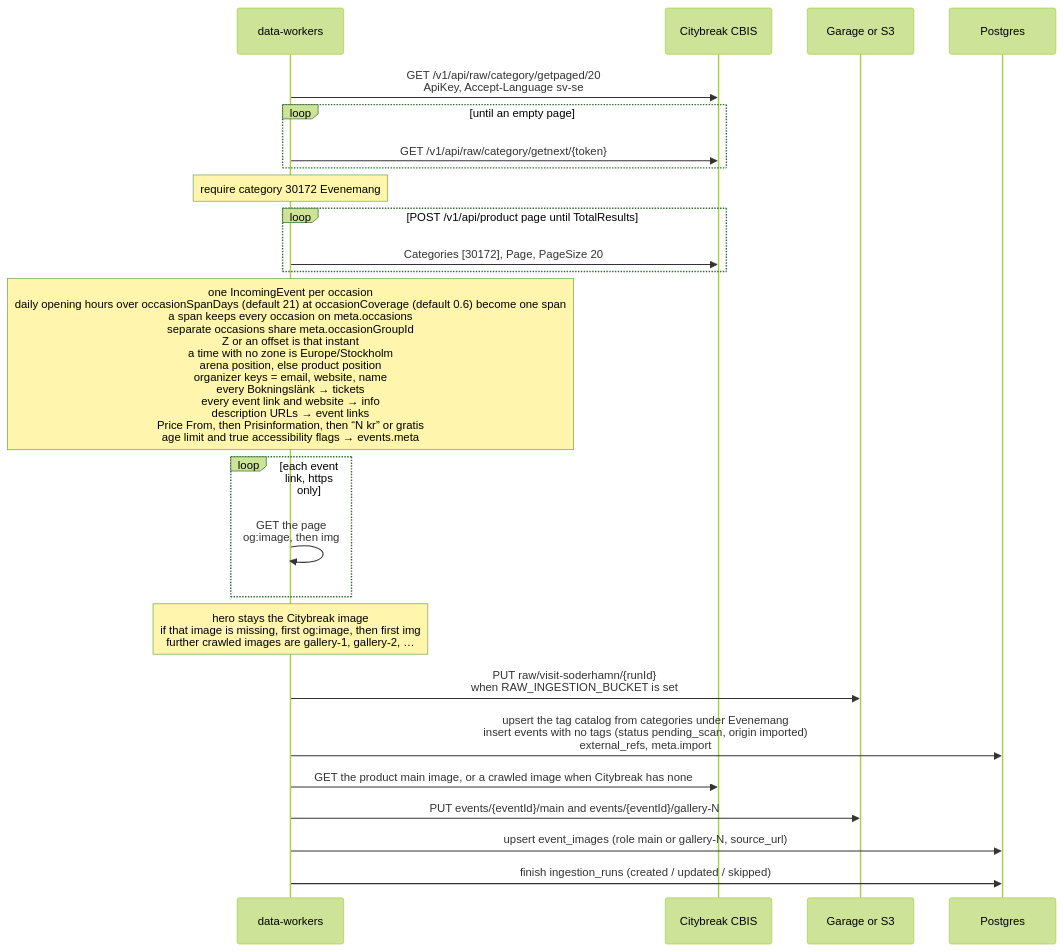
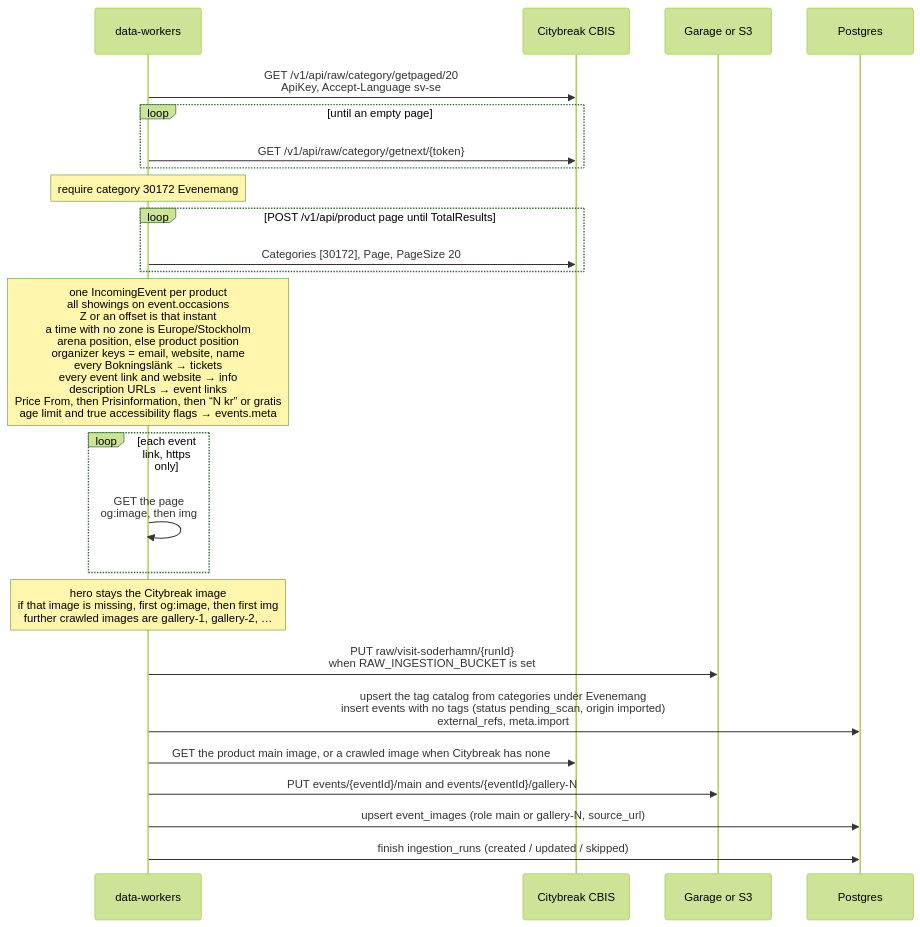
One commit to BradleySmallbottoms/evently changed the diagram in docs/flows/visit-soderhamn.md. Above: the diagram before and after it, drawn with Mermaid (forest theme). The commit also changed 36 other files, not shown here.

First line of the commit message:
Refactor occasion management and event handling in admin components

````diff
--- a/docs/flows/visit-soderhamn.md
+++ b/docs/flows/visit-soderhamn.md
@@ -21,27 +21,27 @@
 ```mermaid
 sequenceDiagram
   participant Runner as data-workers
   participant CBIS as Citybreak CBIS
   participant Store as Garage or S3
   participant DB as Postgres
 
   Runner->>CBIS: GET /v1/api/raw/category/getpaged/20<br/>ApiKey, Accept-Language sv-se
   loop until an empty page
     Runner->>CBIS: GET /v1/api/raw/category/getnext/{token}
   end
   Note over Runner: require category 30172 Evenemang
   loop POST /v1/api/product page until TotalResults
     Runner->>CBIS: Categories [30172], Page, PageSize 20
   end
-  Note over Runner: one IncomingEvent per occasion<br/>daily opening hours over occasionSpanDays (default 21) at occasionCoverage (default 0.6) become one span<br/>a span keeps every occasion on meta.occasions<br/>separate occasions share meta.occasionGroupId<br/>Z or an offset is that instant<br/>a time with no zone is Europe/Stockholm<br/>arena position, else product position<br/>organizer keys = email, website, name<br/>every Bokningslänk → tickets<br/>every event link and website → info<br/>description URLs → event links<br/>Price From, then Prisinformation, then “N kr” or gratis<br/>age limit and true accessibility flags → events.meta
+  Note over Runner: one IncomingEvent per product<br/>all showings on event.occasions<br/>Z or an offset is that instant<br/>a time with no zone is Europe/Stockholm<br/>arena position, else product position<br/>organizer keys = email, website, name<br/>every Bokningslänk → tickets<br/>every event link and website → info<br/>description URLs → event links<br/>Price From, then Prisinformation, then “N kr” or gratis<br/>age limit and true accessibility flags → events.meta
   loop each event link, https only
     Runner->>Runner: GET the page<br/>og:image, then img
   end
   Note over Runner: hero stays the Citybreak image<br/>if that image is missing, first og:image, then first img<br/>further crawled images are gallery-1, gallery-2, …
   Runner->>Store: PUT raw/visit-soderhamn/{runId}<br/>when RAW_INGESTION_BUCKET is set
   Runner->>DB: upsert the tag catalog from categories under Evenemang<br/>insert events with no tags (status pending_scan, origin imported)<br/>external_refs, meta.import
   Runner->>CBIS: GET the product main image, or a crawled image when Citybreak has none
   Runner->>Store: PUT events/{eventId}/main and events/{eventId}/gallery-N
   Runner->>DB: upsert event_images (role main or gallery-N, source_url)
   Runner->>DB: finish ingestion_runs (created / updated / skipped)
 ```
````
